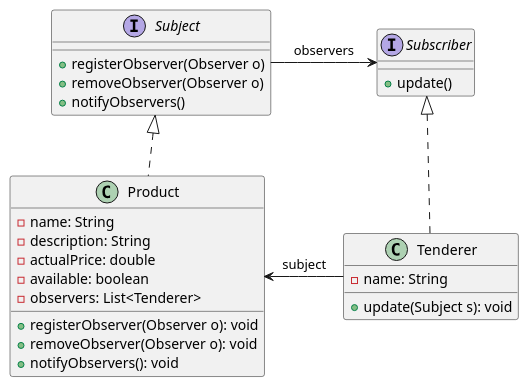
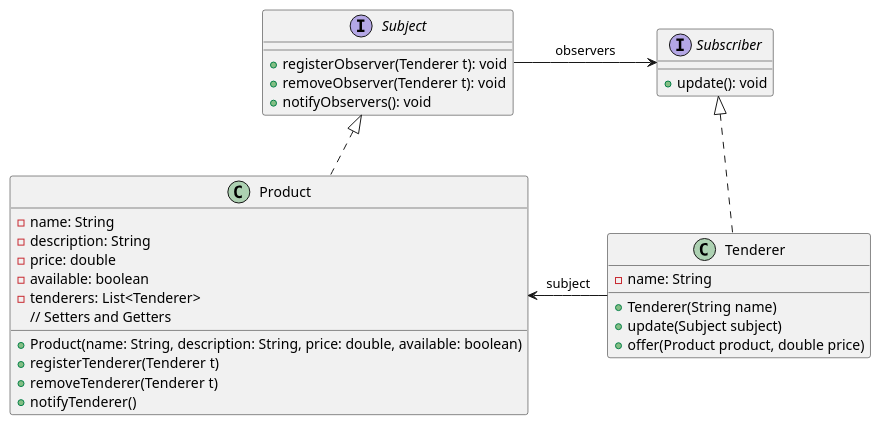
One commit to eduherrodp/model_based_development changed the diagram in src/modelbaseddevelopment/auction/auction_diagram.puml. Above: the diagram before and after it, drawn with PlantUML. The commit also changed 2 other files, not shown here.

Commit message:
New diagram auction_diagram

```diff
--- a/src/modelbaseddevelopment/auction/auction_diagram.puml
+++ b/src/modelbaseddevelopment/auction/auction_diagram.puml
@@ -1,32 +1,34 @@
 @startuml
 'https://plantuml.com/class-diagram
 interface Subject {
-    +registerObserver(Observer o)
-    +removeObserver(Observer o)
-    +notifyObservers()
-}
-interface Subscriber {
-    +update()
-
-}
-class Tenderer implements Subscriber{
-    -name: String
-    +update(Subject s): void
-
+    +registerObserver(Tenderer t): void
+    +removeObserver(Tenderer t): void
+    +notifyObservers(): void
 }
 class Product implements Subject{
     -name: String
     -description: String
-    -actualPrice: double
+    -price: double
     -available: boolean
-    -observers: List<Tenderer>
-    +registerObserver(Observer o): void
-    +removeObserver(Observer o): void
-    +notifyObservers(): void
+    -tenderers: List<Tenderer>
+    +Product(name: String, description: String, price: double, available: boolean)
+    +registerTenderer(Tenderer t)
+    +removeTenderer(Tenderer t)
+    +notifyTenderer()
+    // Setters and Getters
+}
+interface Subscriber {
+    +update(): void
+}
+class Tenderer implements Subscriber{
+    -name: String
+    +Tenderer(String name)
+    +update(Subject subject)
+    +offer(Product product, double price)
 }
 
 Subject -right-> Subscriber: observers
 Tenderer -left-> Product: subject
 
 
 @enduml
```
